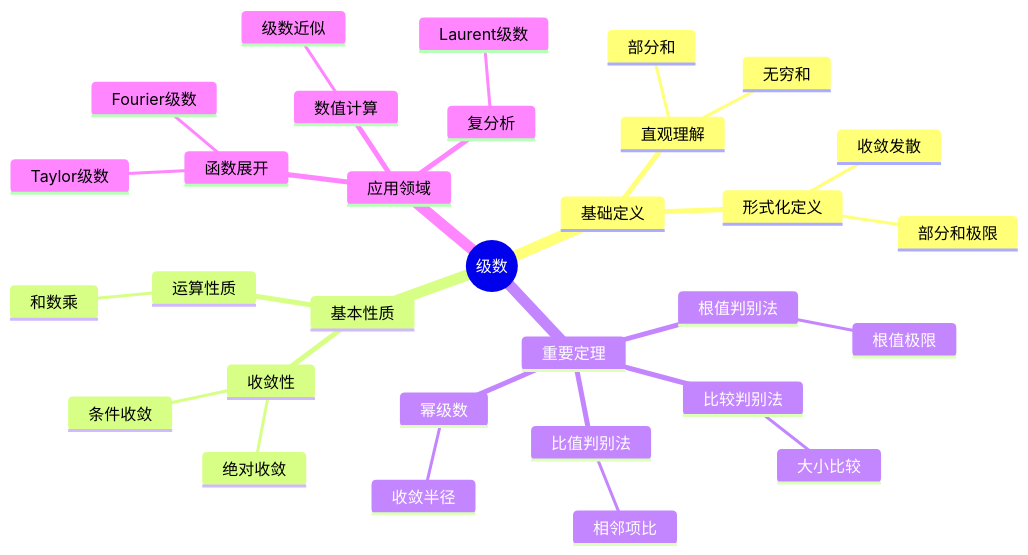
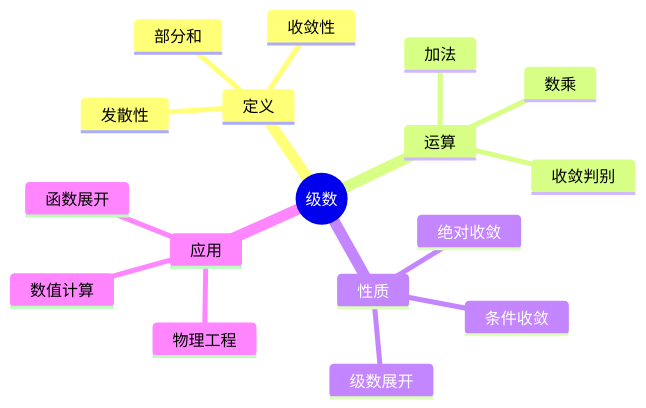
The first of 10 diagrams in concept/核心概念/17-级数.md (AdaMartin18010/FormalMath), drawn with Mermaid before and after one commit. The commit also changed other lines of this file and 4793 other files, not shown here.

````diff
--- a/concept/核心概念/17-级数.md
+++ b/concept/核心概念/17-级数.md
@@ -431,34 +1165,20 @@
 ```mermaid
 mindmap
   root((级数))
-    基础定义
-      直观理解
-        无穷和
-        部分和
-      形式化定义
-        部分和极限
-        收敛发散
-    基本性质
+    定义
+      部分和
       收敛性
-        绝对收敛
-        条件收敛
-      运算性质
-        和数乘
-    重要定理
-      比较判别法
-        大小比较
-      比值判别法
-        相邻项比
-      根值判别法
-        根值极限
-      幂级数
-        收敛半径
-    应用领域
+      发散性
+    运算
+      加法
+      数乘
+      收敛判别
+    性质
+      绝对收敛
+      条件收敛
+      级数展开
+    应用
       函数展开
-        Taylor级数
-        Fourier级数
       数值计算
-        级数近似
-      复分析
-        Laurent级数
+      物理工程
 ```
````
